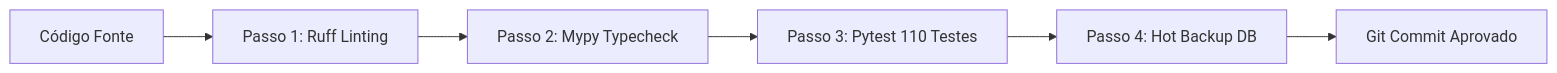
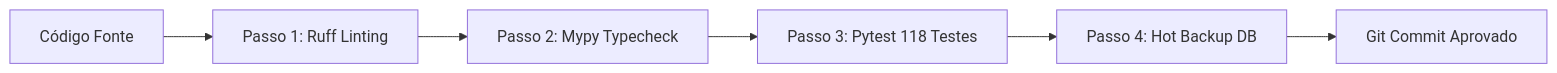
Before and after one commit to RobsonMendes37/victor-cell-autobot: the third of 5 diagrams in docs/guia_engenharia_arquitetura_e_codigo_didatico.md, drawn with Mermaid. The commit also changed other lines of this file and 10 other files, not shown here.

````diff
--- a/docs/guia_engenharia_arquitetura_e_codigo_didatico.md
+++ b/docs/guia_engenharia_arquitetura_e_codigo_didatico.md
@@ -333,8 +333,8 @@
 ```mermaid
 flowchart LR
     Dev[Código Fonte] --> Step1[Passo 1: Ruff Linting]
     Step1 --> Step2[Passo 2: Mypy Typecheck]
-    Step2 --> Step3[Passo 3: Pytest 110 Testes]
+    Step2 --> Step3[Passo 3: Pytest 118 Testes]
     Step3 --> Step4[Passo 4: Hot Backup DB]
     Step4 --> Commit[Git Commit Aprovado]
 ```
````
